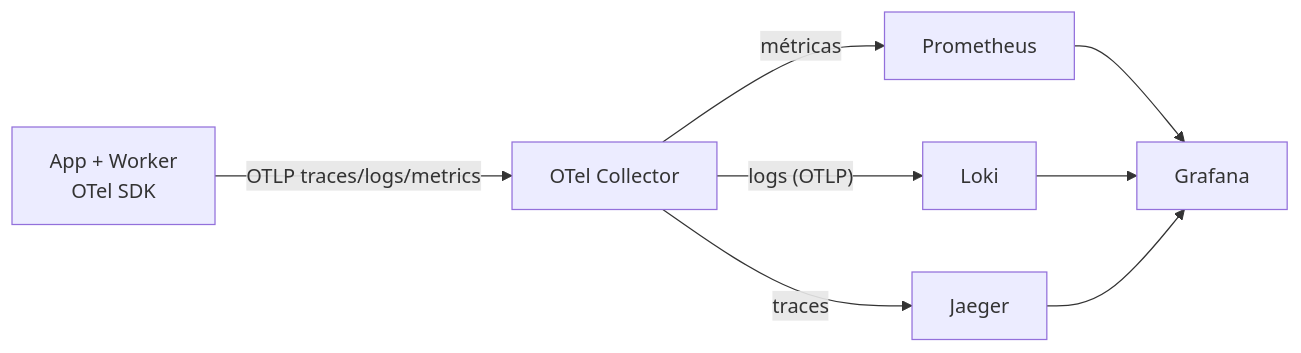
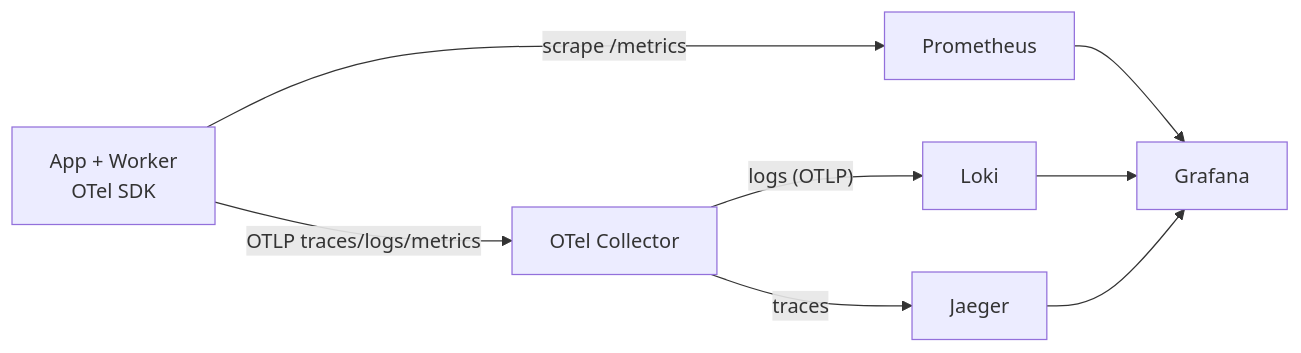
The third of 5 diagrams in PLAN.md (aeciopires/desafio-catraca), drawn with Mermaid before and after one commit. The commit also changed other lines of this file and 16 other files, not shown here.

````diff
--- a/PLAN.md
+++ b/PLAN.md
@@ -166,10 +167,10 @@
 ```mermaid
 flowchart LR
     app[App + Worker<br/>OTel SDK] -- OTLP traces/logs/metrics --> col[OTel Collector]
     col -- traces --> jaeger[Jaeger]
     col -- logs (OTLP) --> loki[Loki]
-    col -- métricas --> prom[Prometheus]
+    app -- scrape /metrics --> prom[Prometheus]
     prom --> graf[Grafana]
     loki --> graf
     jaeger --> graf
 ```
````
